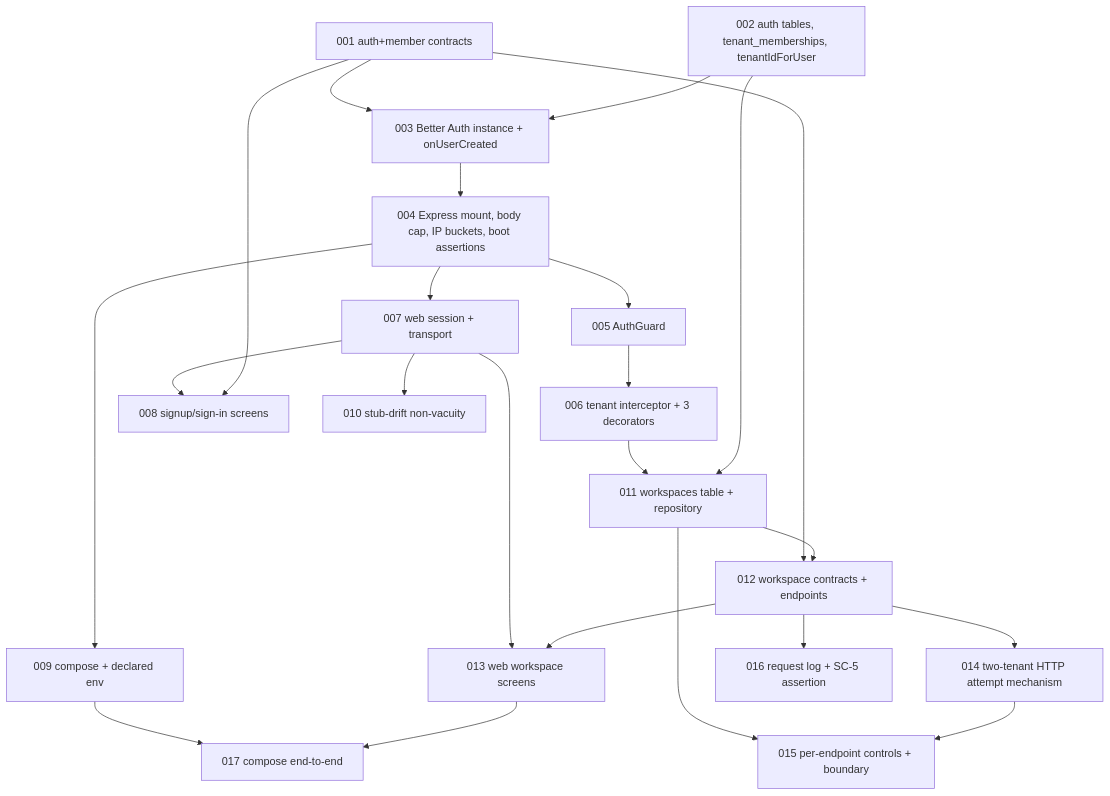
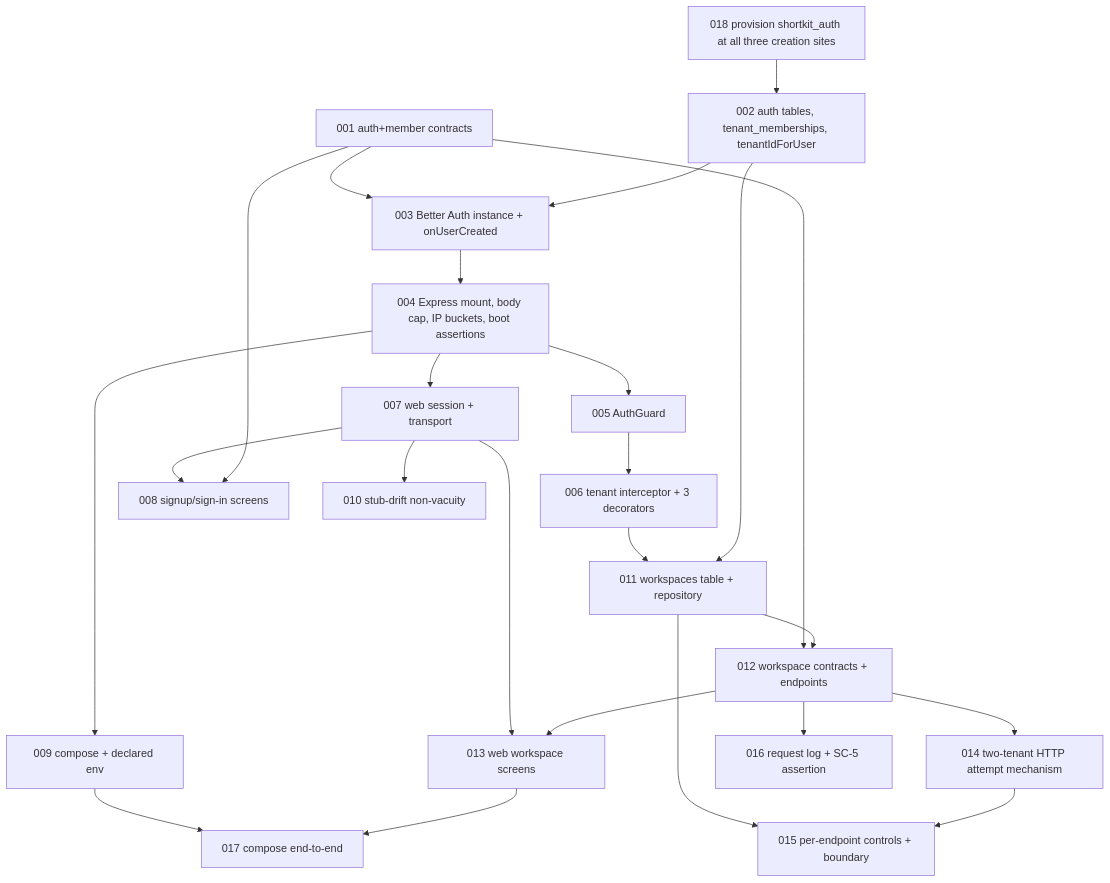
Before and after one commit to juano-morello/shortkit: the diagram in .sdlc/identity-membership/plan.md, drawn with Mermaid. The commit also changed other lines of this file and 25 other files, not shown here.

````diff
--- a/.sdlc/identity-membership/plan.md
+++ b/.sdlc/identity-membership/plan.md
@@ -98,30 +109,31 @@
 ```mermaid
 graph TD
   TASK-001[001 auth+member contracts] --> TASK-003
+  TASK-018[018 provision shortkit_auth at all three creation sites] --> TASK-002
   TASK-002[002 auth tables, tenant_memberships, tenantIdForUser] --> TASK-003
   TASK-003[003 Better Auth instance + onUserCreated] --> TASK-004
   TASK-004[004 Express mount, body cap, IP buckets, boot assertions] --> TASK-005
   TASK-004 --> TASK-007
   TASK-004 --> TASK-009
   TASK-005[005 AuthGuard] --> TASK-006
   TASK-006[006 tenant interceptor + 3 decorators] --> TASK-011
   TASK-002 --> TASK-011
   TASK-007[007 web session + transport] --> TASK-008
   TASK-007 --> TASK-010
   TASK-007 --> TASK-013
   TASK-001 --> TASK-008
   TASK-001 --> TASK-012
   TASK-011[011 workspaces table + repository] --> TASK-012
   TASK-011 --> TASK-015
   TASK-012[012 workspace contracts + endpoints] --> TASK-013
   TASK-012 --> TASK-014
   TASK-012 --> TASK-016
   TASK-014[014 two-tenant HTTP attempt mechanism] --> TASK-015
   TASK-009[009 compose + declared env] --> TASK-017
   TASK-013[013 web workspace screens] --> TASK-017
   TASK-008[008 signup/sign-in screens]
   TASK-010[010 stub-drift non-vacuity]
   TASK-015[015 per-endpoint controls + boundary]
   TASK-016[016 request log + SC-5 assertion]
   TASK-017[017 compose end-to-end]
 ```
````
